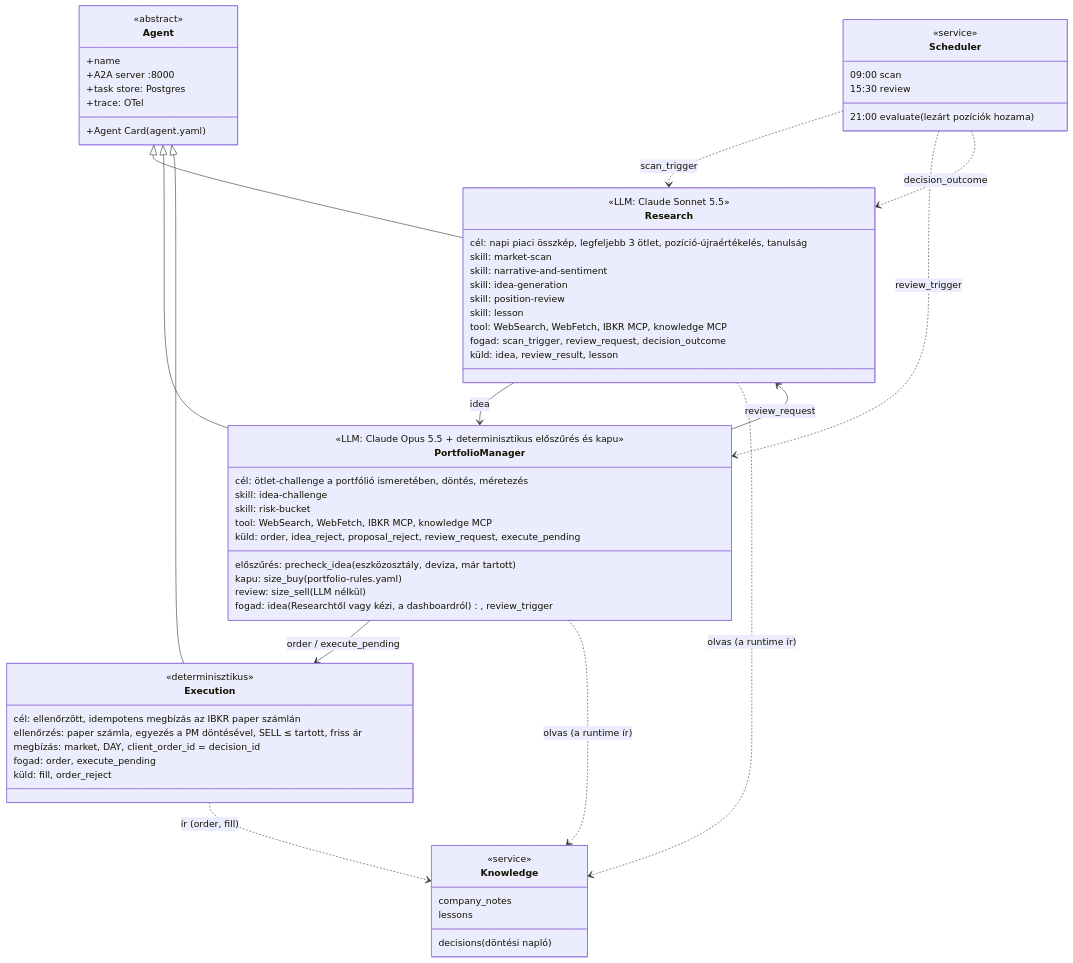
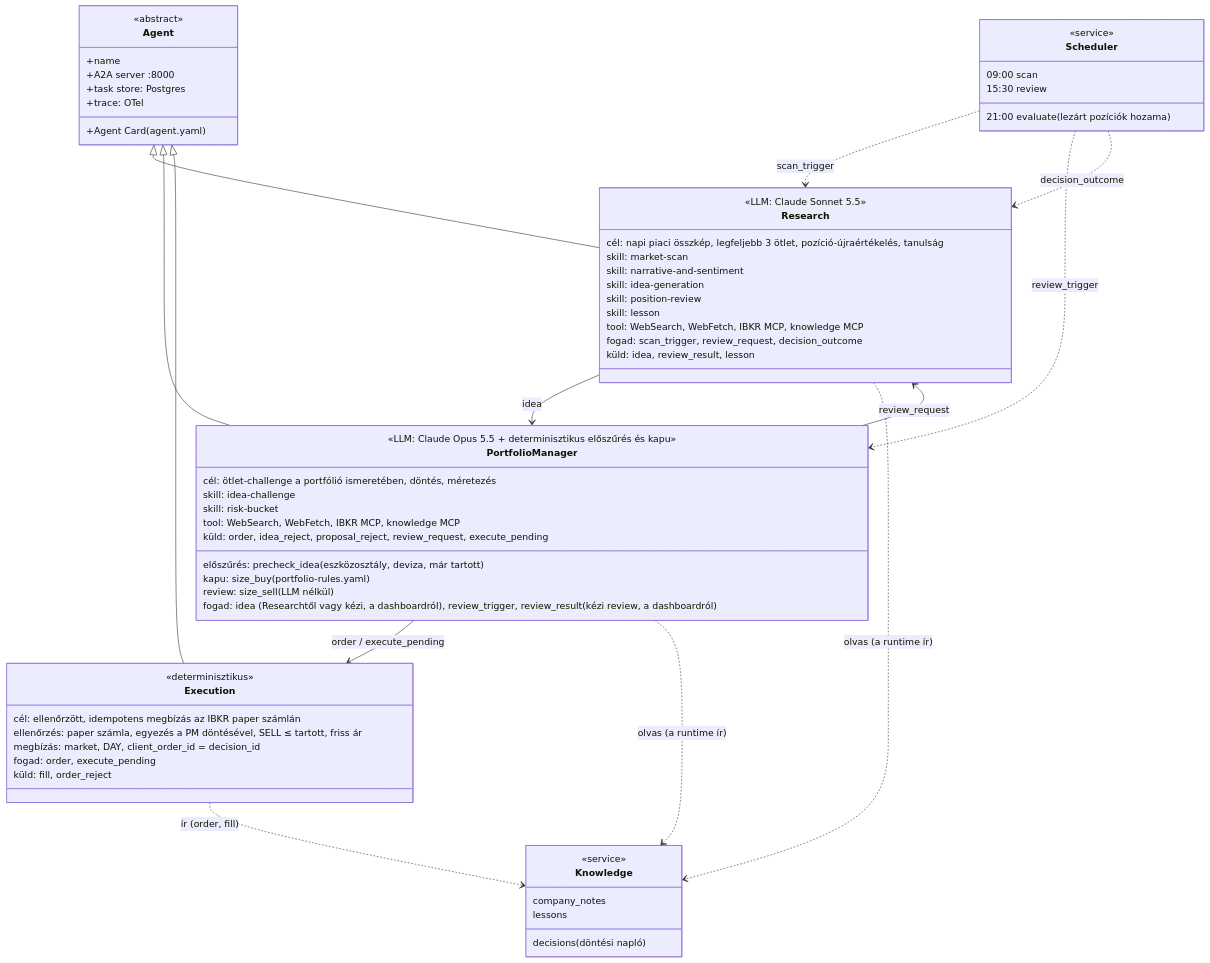
One commit to medovarszki/auxin-agentic-investment-organization changed the second of 6 diagrams in README.md. Above: the diagram before and after it, drawn with Mermaid. The commit also changed other lines of this file, not shown here.

Commit message:
README: manual review in the architecture diagram, a new sequence diagram, PM and dashboard rows

````diff
--- a/README.md
+++ b/README.md
@@ -133,76 +133,76 @@
 ```mermaid
 classDiagram
     direction TB
 
     class Agent {
         <<abstract>>
         +name
         +A2A server :8000
         +Agent Card (agent.yaml)
         +task store: Postgres
         +trace: OTel
     }
 
     class Research {
         <<LLM: Claude Sonnet 5.5>>
         cél: napi piaci összkép, legfeljebb 3 ötlet, pozíció-újraértékelés, tanulság
         skill: market-scan
         skill: narrative-and-sentiment
         skill: idea-generation
         skill: position-review
         skill: lesson
         tool: WebSearch, WebFetch, IBKR MCP, knowledge MCP
         fogad: scan_trigger, review_request, decision_outcome
         küld: idea, review_result, lesson
     }
 
     class PortfolioManager {
         <<LLM: Claude Opus 5.5 + determinisztikus előszűrés és kapu>>
         cél: ötlet-challenge a portfólió ismeretében, döntés, méretezés
         előszűrés: precheck_idea (eszközosztály, deviza, már tartott)
         skill: idea-challenge
         skill: risk-bucket
         kapu: size_buy (portfolio-rules.yaml)
         review: size_sell (LLM nélkül)
         tool: WebSearch, WebFetch, IBKR MCP, knowledge MCP
-        fogad: idea (Researchtől vagy kézi, a dashboardról), review_trigger
+        fogad: idea (Researchtől vagy kézi, a dashboardról), review_trigger, review_result (kézi review, a dashboardról)
         küld: order, idea_reject, proposal_reject, review_request, execute_pending
     }
 
     class Execution {
         <<determinisztikus>>
         cél: ellenőrzött, idempotens megbízás az IBKR paper számlán
         ellenőrzés: paper számla, egyezés a PM döntésével, SELL ≤ tartott, friss ár
         megbízás: market, DAY, client_order_id = decision_id
         fogad: order, execute_pending
         küld: fill, order_reject
     }
 
     class Scheduler {
         <<service>>
         09:00 scan
         15:30 review
         21:00 evaluate (lezárt pozíciók hozama)
     }
 
     class Knowledge {
         <<service>>
         decisions (döntési napló)
         company_notes
         lessons
     }
 
     Agent <|-- Research
     Agent <|-- PortfolioManager
     Agent <|-- Execution
 
     Scheduler ..> Research : scan_trigger
     Scheduler ..> PortfolioManager : review_trigger
     Scheduler ..> Research : decision_outcome
     Research --> PortfolioManager : idea
     PortfolioManager --> Research : review_request
     PortfolioManager --> Execution : order / execute_pending
     Research ..> Knowledge : olvas (a runtime ír)
     PortfolioManager ..> Knowledge : olvas (a runtime ír)
     Execution ..> Knowledge : ír (order, fill)
 ```
````
